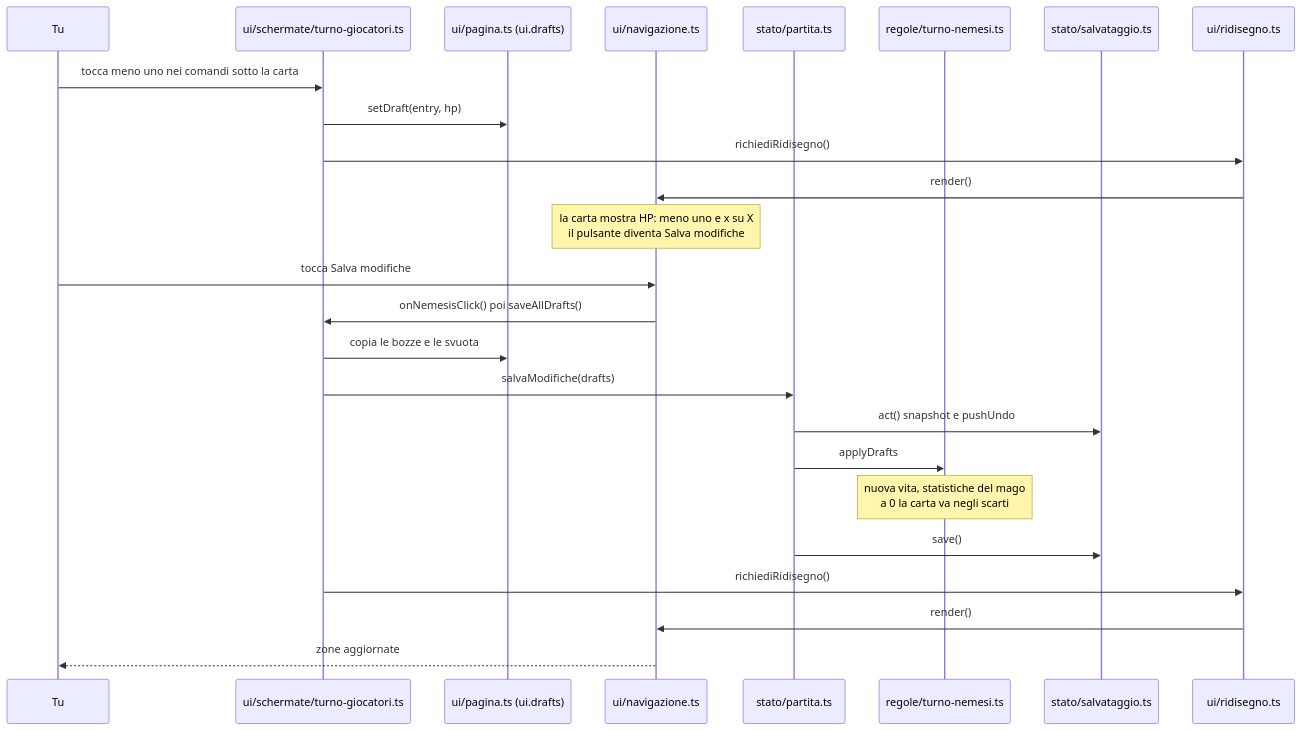
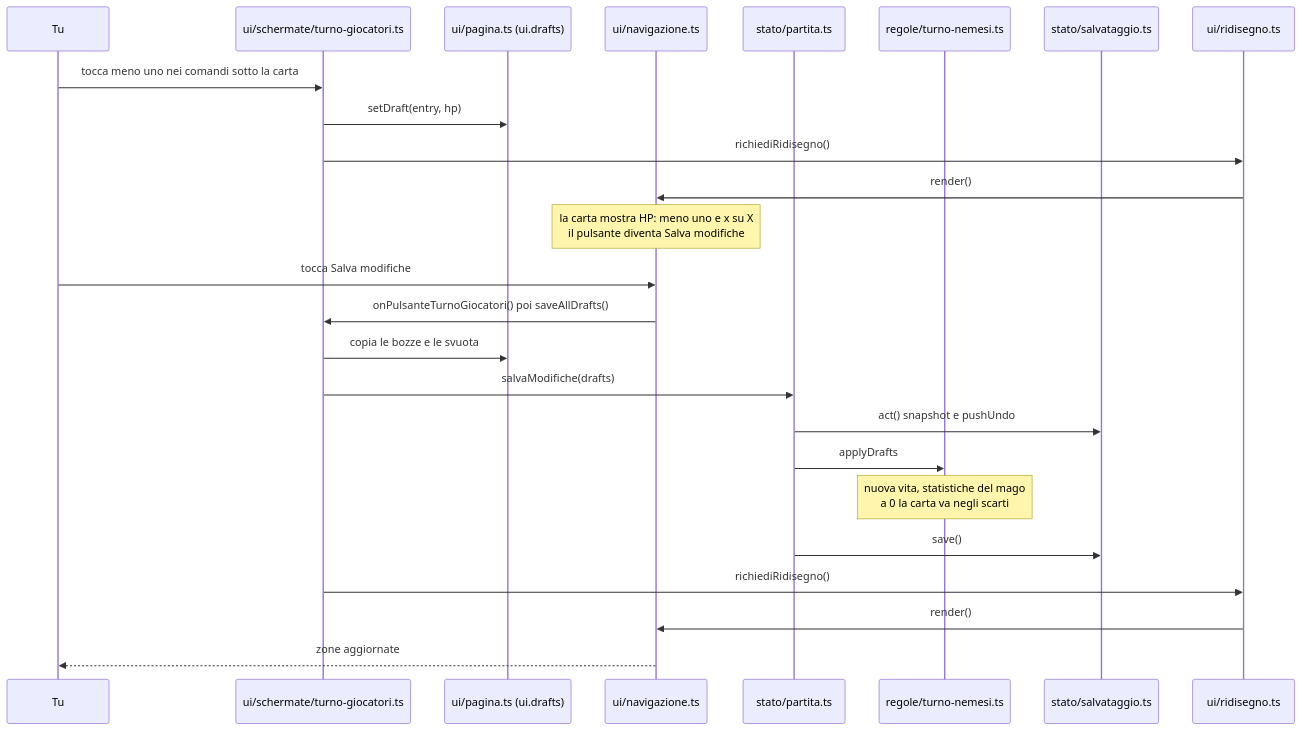
The fourth of 4 diagrams in docs/04-un-tocco.md (lorenzvittori/AeonsEnd_App_0.3), drawn with Mermaid before and after one commit. The commit also changed other lines of this file and 10 other files, not shown here.

Commit message:
Pulizia 3: tolti turnPileLocked e i suoi rami, 11 testi mai usati, includeUpgraded; onNemesisClick diventa onPulsanteTurnoGiocatori

````diff
--- a/docs/04-un-tocco.md
+++ b/docs/04-un-tocco.md
@@ -175,27 +175,27 @@
 ```mermaid
 sequenceDiagram
     participant U as Tu
     participant T as ui/schermate/turno-giocatori.ts
     participant D as ui/pagina.ts (ui.drafts)
     participant N as ui/navigazione.ts
     participant P as stato/partita.ts
     participant R as regole/turno-nemesi.ts
     participant S as stato/salvataggio.ts
     participant A as ui/ridisegno.ts
     U->>T: tocca meno uno nei comandi sotto la carta
     T->>D: setDraft(entry, hp)
     T->>A: richiediRidisegno()
     A->>N: render()
     Note over N: la carta mostra HP: meno uno e x su X<br/>il pulsante diventa Salva modifiche
     U->>N: tocca Salva modifiche
-    N->>T: onNemesisClick() poi saveAllDrafts()
+    N->>T: onPulsanteTurnoGiocatori() poi saveAllDrafts()
     T->>D: copia le bozze e le svuota
     T->>P: salvaModifiche(drafts)
     P->>S: act() snapshot e pushUndo
     P->>R: applyDrafts
     Note over R: nuova vita, statistiche del mago<br/>a 0 la carta va negli scarti
     P->>S: save()
     T->>A: richiediRidisegno()
     A->>N: render()
     N-->>U: zone aggiornate
 ```
````
